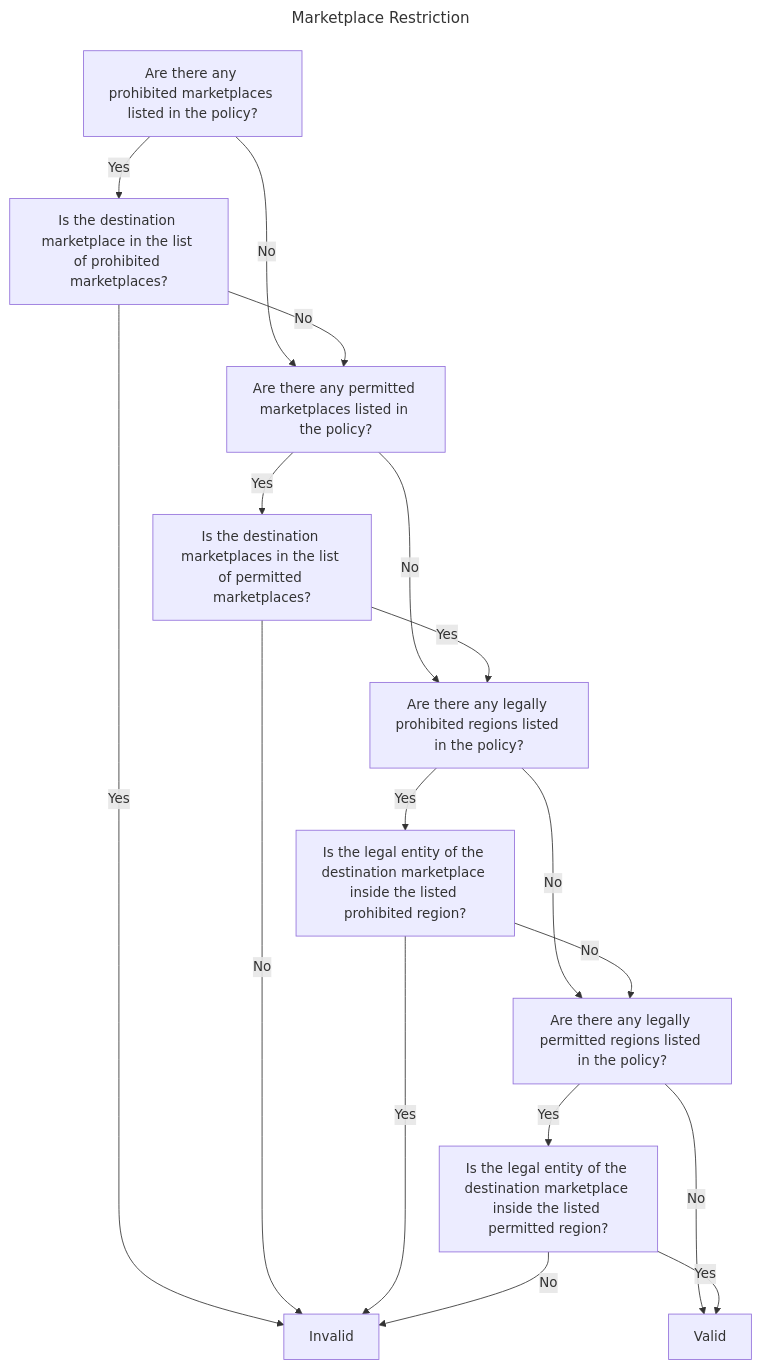
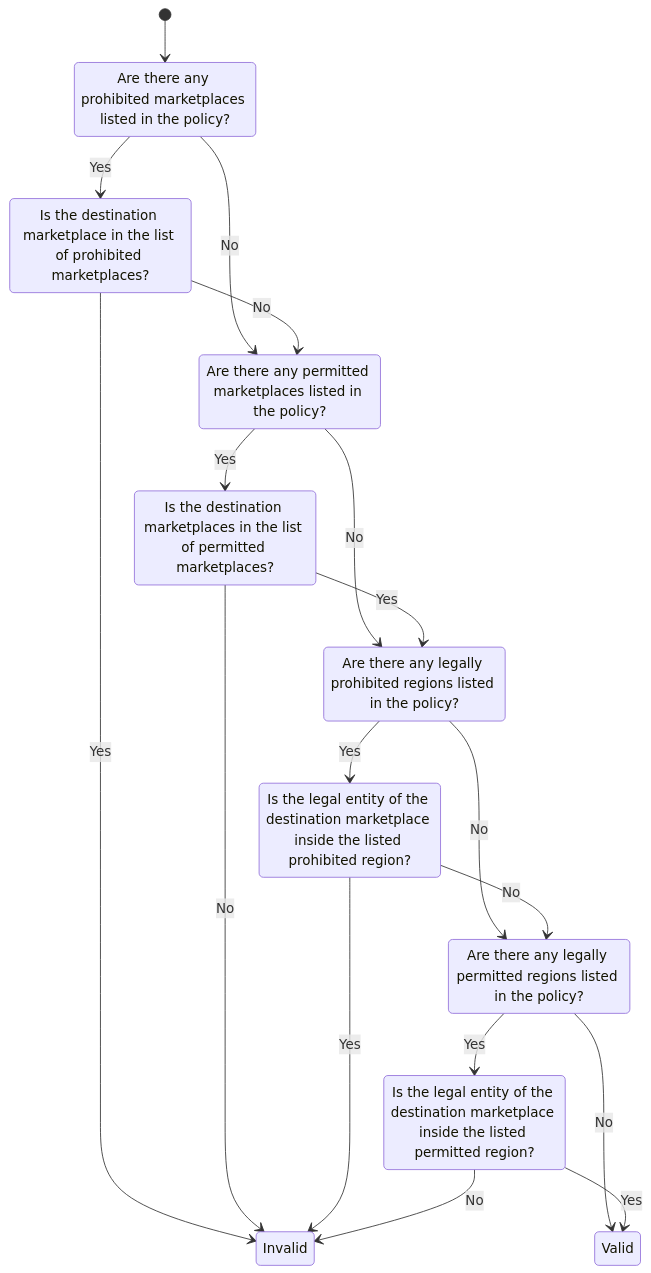
One commit to DOME-Marketplace/dome-odrl-profile changed the second of 4 diagrams in docs/policy-evaluation-strategy.md. Above: the diagram before and after it, drawn with Mermaid. The commit also changed other lines of this file, not shown here.

````diff
--- a/docs/policy-evaluation-strategy.md
+++ b/docs/policy-evaluation-strategy.md
@@ -7,32 +45,32 @@
 ```mermaid
----
-title: Marketplace Restriction
----
-flowchart TD
-  Q1["Are there any prohibited marketplaces listed in the policy?"]
-  Q1 -- Yes --> Q2
-  Q1 -- No --> Q3
-  Q2["Is the destination marketplace in the list of prohibited marketplaces?"]
-  Q2 -- Yes --> INVALID
-  Q2 -- No --> Q3
-  Q3["Are there any permitted marketplaces listed in the policy?"]
-  Q3 -- Yes --> Q4
-  Q3 -- No --> Q5
-  Q4["Is the destination marketplaces in the list of permitted marketplaces?"]
-  Q4 -- Yes --> Q5
-  Q4 -- No --> INVALID
-  Q5["Are there any legally prohibited regions listed in the policy?"]
-  Q5 -- Yes --> Q6
-  Q5 -- No --> Q7
-  Q6["Is the legal entity of the destination marketplace inside the listed prohibited region?"]
-  Q6 -- Yes --> INVALID
-  Q6 -- No --> Q7
-  Q7["Are there any legally permitted regions listed in the policy?"]
-  Q7 -- Yes --> Q8
-  Q7 -- No --> VALID
-  Q8["Is the legal entity of the destination marketplace inside the listed permitted region?"]
-  Q8 -- Yes --> VALID
-  Q8 -- No --> INVALID
-  VALID["Valid"]
-  INVALID["Invalid"]
+stateDiagram-v2
+  [*] --> Q1_1
+  Q1_1 : Are there any prohibited marketplaces listed in the policy?
+  Q1_1 --> Q1_2 : Yes
+  Q1_1 --> Q2_1 : No
+  Q1_2 : Is the destination marketplace in the list of prohibited marketplaces?
+  Q1_2 --> INVALID : Yes
+  Q1_2 --> Q2_1 : No
+  Q2_1 : Are there any permitted marketplaces listed in the policy?
+  Q2_1 --> Q2_2 : Yes
+  Q2_1 --> Q3_1 : No
+  Q2_2 : Is the destination marketplaces in the list of permitted marketplaces?
+  Q2_2 --> Q3_1 : Yes
+  Q2_2 --> INVALID : No
+  Q3_1 : Are there any legally prohibited regions listed in the policy?
+  Q3_1 --> Q3_2 : Yes
+  Q3_1 --> Q4_1 : No
+  Q3_2 : Is the legal entity of the destination marketplace inside the listed prohibited region?
+  Q3_2 --> INVALID : Yes
+  Q3_2 --> Q4_1 : No
+  Q4_1 : Are there any legally permitted regions listed in the policy?
+  Q4_1 --> Q4_2 : Yes
+  Q4_1 --> VALID : No
+  Q4_2 : Is the legal entity of the destination marketplace inside the listed permitted region?
+  Q4_2 --> VALID : Yes
+  Q4_2 --> INVALID : No
+  VALID:::FinalEvent : Valid
+  INVALID:::ErrorEvent : Invalid
+  classDef FinalEvent fill:darkgreen,color:white
+  classDef ErrorEvent fill:darkred,color:white
 ```
````
